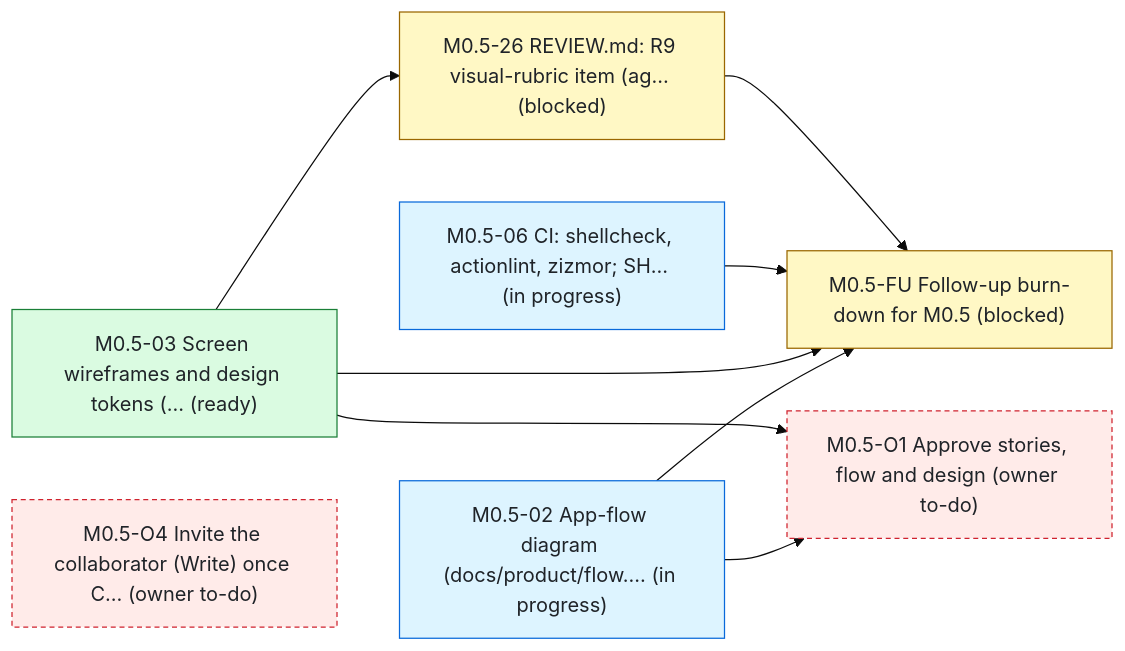
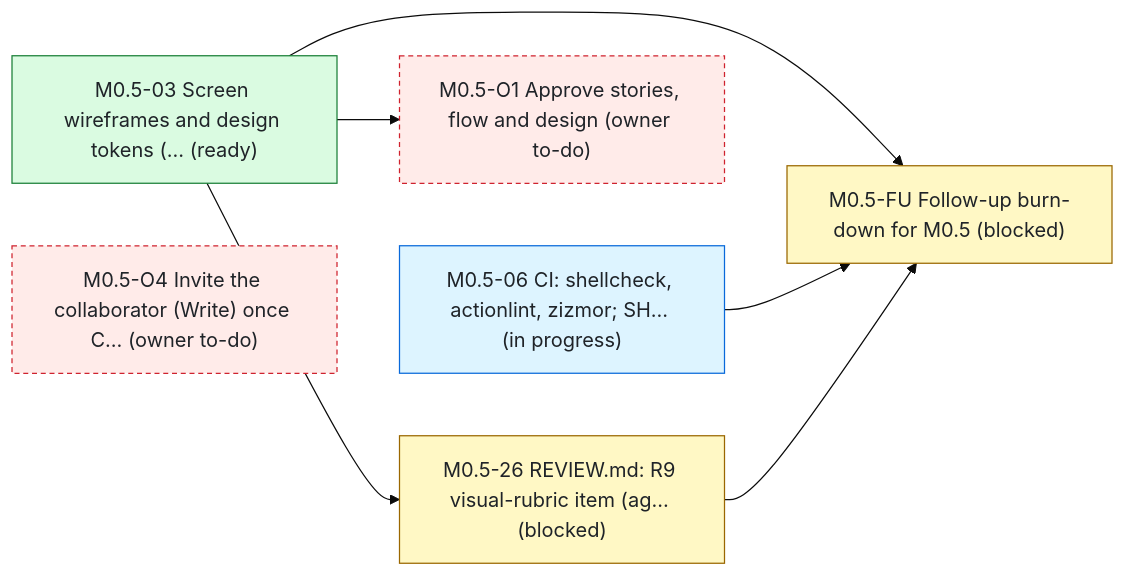
The first of 2 diagrams in status.md (bondo/listicles2), drawn with Mermaid (base theme) before and after one commit. The commit also changed other lines of this file and 2 other files, not shown here.

Commit message:
status: update

````diff
--- a/status.md
+++ b/status.md
@@ -108,22 +108,19 @@
 ```mermaid
 flowchart LR
-    n0["M0.5-02 App-flow diagram (docs/product/flow.… (in progress)"]:::progress
-    n1["M0.5-03 Screen wireframes and design tokens (… (ready)"]:::ready
-    n2["M0.5-06 CI: shellcheck, actionlint, zizmor#59; SH… (in progress)"]:::progress
-    n3["M0.5-FU Follow-up burn-down for M0.5 (blocked)"]:::blocked
-    n4["M0.5-O1 Approve stories, flow and design (owner to-do)"]:::owner
-    n5["M0.5-26 REVIEW.md: R9 visual-rubric item (ag… (blocked)"]:::blocked
-    n6["M0.5-O4 Invite the collaborator (Write) once C… (owner to-do)"]:::owner
+    n0["M0.5-03 Screen wireframes and design tokens (… (ready)"]:::ready
+    n1["M0.5-06 CI: shellcheck, actionlint, zizmor#59; SH… (in progress)"]:::progress
+    n2["M0.5-FU Follow-up burn-down for M0.5 (blocked)"]:::blocked
+    n3["M0.5-O1 Approve stories, flow and design (owner to-do)"]:::owner
+    n4["M0.5-26 REVIEW.md: R9 visual-rubric item (ag… (blocked)"]:::blocked
+    n5["M0.5-O4 Invite the collaborator (Write) once C… (owner to-do)"]:::owner
+    n0 --> n2
+    n1 --> n2
+    n4 --> n2
     n0 --> n3
-    n1 --> n3
-    n2 --> n3
-    n5 --> n3
     n0 --> n4
-    n1 --> n4
-    n1 --> n5
     classDef ready fill:#dafbe1,stroke:#1a7f37,color:#1f2328
     classDef progress fill:#ddf4ff,stroke:#0969da,color:#1f2328
     classDef blocked fill:#fff8c5,stroke:#9a6700,color:#1f2328
     classDef owner fill:#ffebe9,stroke:#cf222e,color:#1f2328,stroke-dasharray:4 3
     classDef ext fill:#eaeef2,stroke:#59636e,color:#1f2328,stroke-dasharray:2 2
 ```
````
